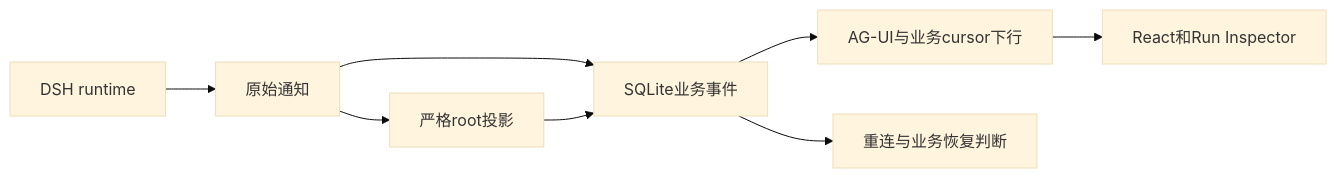
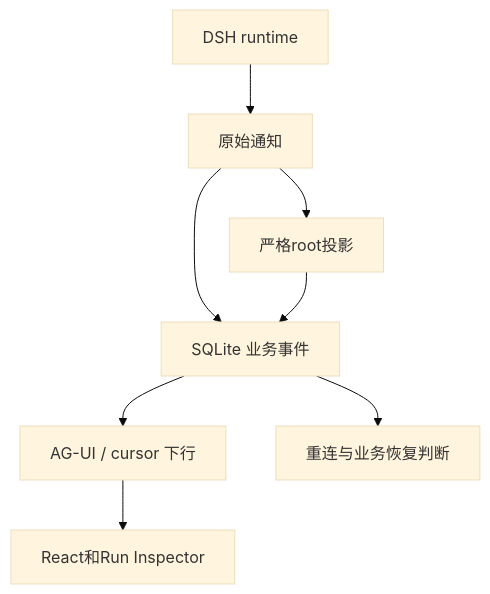
Before and after one commit to eriklee1895/hands-on-dsh: the diagram in docs/comparisons/session-events-vs-ag-ui.md, drawn with Mermaid (base theme). The commit also changed other lines of this file and 86 other files, not shown here.

Commit message:
docs: improve course narrative, technical guidance, and diagrams

````diff
--- a/docs/comparisons/session-events-vs-ag-ui.md
+++ b/docs/comparisons/session-events-vs-ag-ui.md
@@ -32,10 +32,10 @@
 ```mermaid
-flowchart LR
+flowchart TD
     Runtime[DSH runtime] --> Raw[原始通知]
-    Raw --> DB[SQLite业务事件]
+    Raw --> DB[SQLite 业务事件]
     Raw --> Project[严格root投影]
     Project --> DB
-    DB --> SSE[AG-UI与业务cursor下行]
+    DB --> SSE[AG-UI / cursor 下行]
     SSE --> UI[React和Run Inspector]
     DB --> Recover[重连与业务恢复判断]
 ```
````
